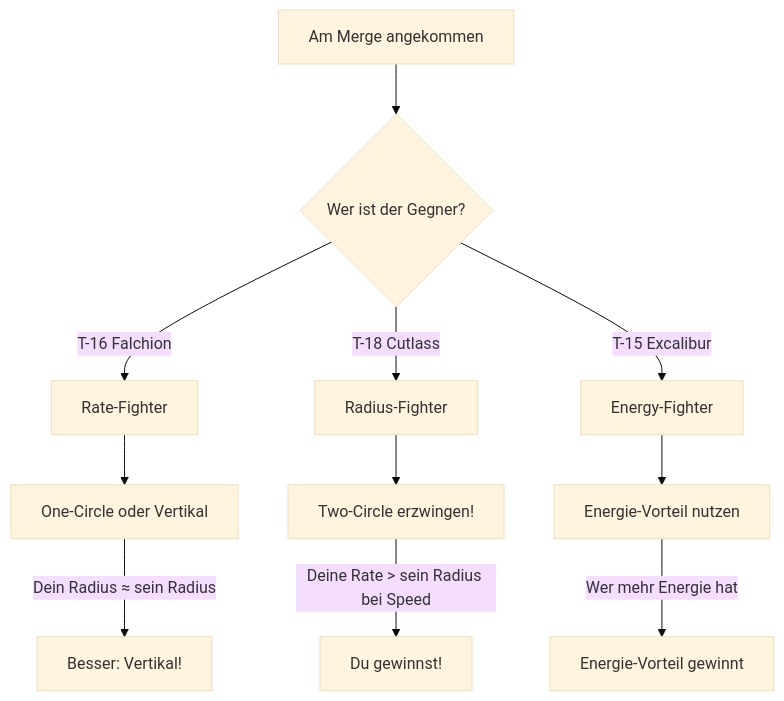
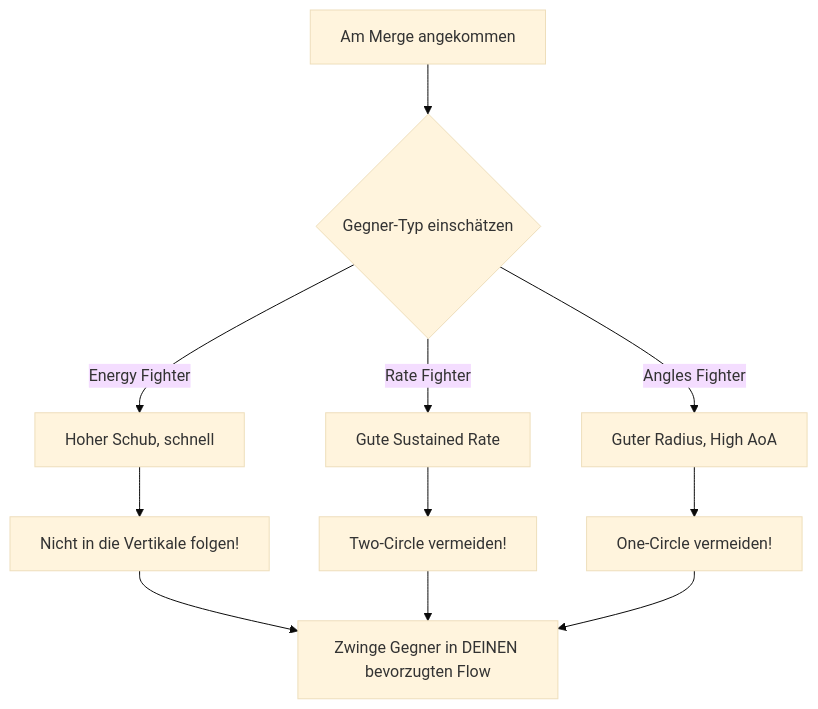
Before and after one commit to lukaio3D/VFM_Wiki: the third of 3 diagrams in docs/grundlagen/geometrie.md, drawn with Mermaid (base theme). The commit also changed other lines of this file and 13 other files, not shown here.

````diff
--- a/docs/grundlagen/geometrie.md
+++ b/docs/grundlagen/geometrie.md
@@ -65,16 +63,16 @@
 ```mermaid
 flowchart TD
-    MERGE[Am Merge angekommen] --> WHO{Wer ist der Gegner?}
+    MERGE[Am Merge angekommen] --> ASSESS{Gegner-Typ einschätzen}
 
-    WHO -->|T-16 Falchion| T16[Rate-Fighter]
-    WHO -->|T-18 Cutlass| T18[Radius-Fighter]
-    WHO -->|T-15 Excalibur| T15[Energy-Fighter]
+    ASSESS -->|Energy Fighter| EF[Hoher Schub, schnell]
+    ASSESS -->|Rate Fighter| RF[Gute Sustained Rate]
+    ASSESS -->|Angles Fighter| AF[Guter Radius, High AoA]
 
-    T16 --> ONE1[One-Circle oder Vertikal]
-    T18 --> TWO1[Two-Circle erzwingen!]
-    T15 --> ENERGY[Energie-Vorteil nutzen]
+    EF --> AVOID_VERT[Nicht in die Vertikale folgen!]
+    RF --> AVOID_RATE[Two-Circle vermeiden!]
+    AF --> AVOID_SLOW[One-Circle vermeiden!]
 
-    ONE1 --> |"Dein Radius ≈ sein Radius"| VERT1[Besser: Vertikal!]
-    TWO1 --> |"Deine Rate > sein Radius bei Speed"| WIN1[Du gewinnst!]
-    ENERGY --> |"Wer mehr Energie hat"| WIN2[Energie-Vorteil gewinnt]
+    AVOID_VERT --> FORCE[Zwinge Gegner in DEINEN bevorzugten Flow]
+    AVOID_RATE --> FORCE
+    AVOID_SLOW --> FORCE
 ```
````
